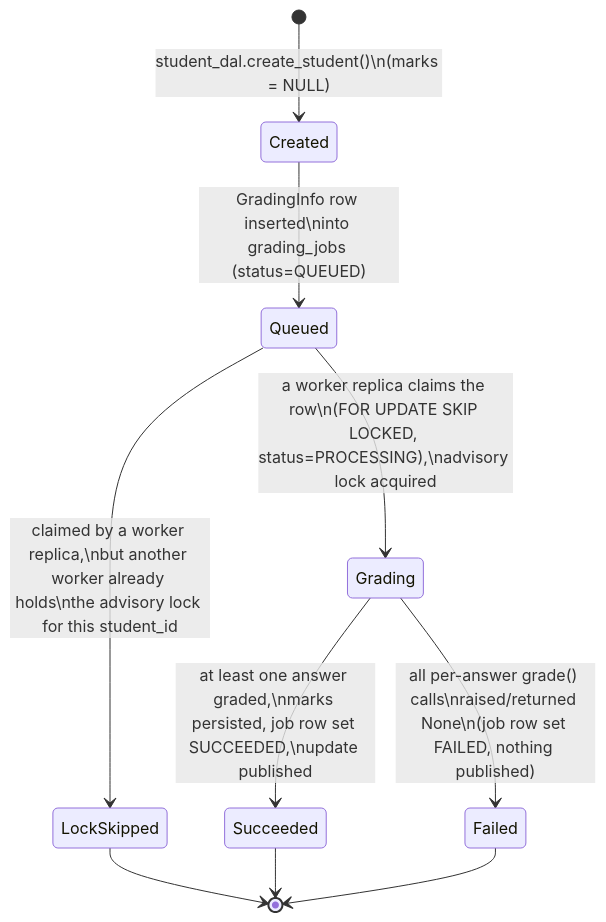
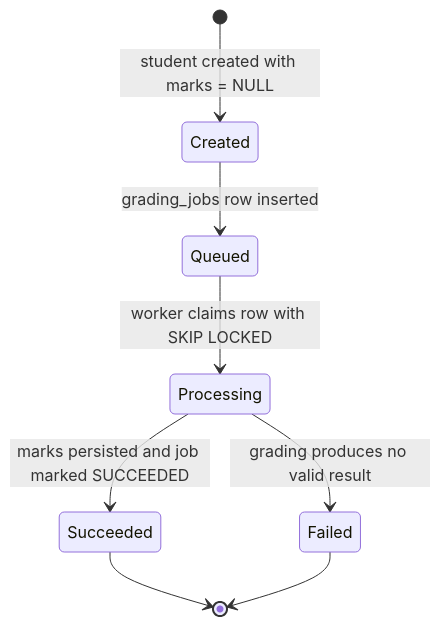
One commit to Geoff-Robin/InkGrader changed the second of 3 diagrams in ARCHITECTURE.md. Above: the diagram before and after it, drawn with Mermaid. The commit also changed other lines of this file and 18 other files, not shown here.

````diff
--- a/ARCHITECTURE.md
+++ b/ARCHITECTURE.md
@@ -120,12 +57,10 @@
 ```mermaid
 stateDiagram-v2
-    [*] --> Created: student_dal.create_student()\n(marks = NULL)
-    Created --> Queued: GradingInfo row inserted\ninto grading_jobs (status=QUEUED)
-    Queued --> LockSkipped: claimed by a worker replica,\nbut another worker already holds\nthe advisory lock for this student_id
-    LockSkipped --> [*]
-    Queued --> Grading: a worker replica claims the row\n(FOR UPDATE SKIP LOCKED, status=PROCESSING),\nadvisory lock acquired
-    Grading --> Succeeded: at least one answer graded,\nmarks persisted, job row set SUCCEEDED,\nupdate published
-    Grading --> Failed: all per-answer grade() calls\nraised/returned None\n(job row set FAILED, nothing published)
+    [*] --> Created: student created with marks = NULL
+    Created --> Queued: grading_jobs row inserted
+    Queued --> Processing: worker claims row with SKIP LOCKED
+    Processing --> Succeeded: marks persisted and job marked SUCCEEDED
+    Processing --> Failed: grading produces no valid result
     Succeeded --> [*]
     Failed --> [*]
 ```
````
